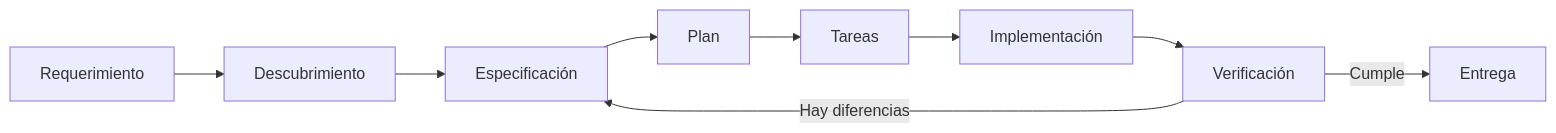
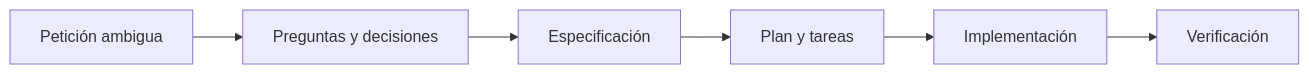
The first of 4 diagrams in sesiones/sesion-03/README.md (jcarrenogallego/formacion-ai), drawn with Mermaid before and after one commit. The commit also changed other lines of this file and 63 other files, not shown here.

````diff
--- a/sesiones/sesion-03/README.md
+++ b/sesiones/sesion-03/README.md
@@ -13,11 +15,8 @@
 ```mermaid
 flowchart LR
-    A[Requerimiento] --> B[Descubrimiento]
+    A[Petición ambigua] --> B[Preguntas y decisiones]
     B --> C[Especificación]
-    C --> D[Plan]
-    D --> E[Tareas]
-    E --> F[Implementación]
-    F --> G[Verificación]
-    G -->|Hay diferencias| C
-    G -->|Cumple| H[Entrega]
+    C --> D[Plan y tareas]
+    D --> E[Implementación]
+    E --> F[Verificación]
 ```
````
